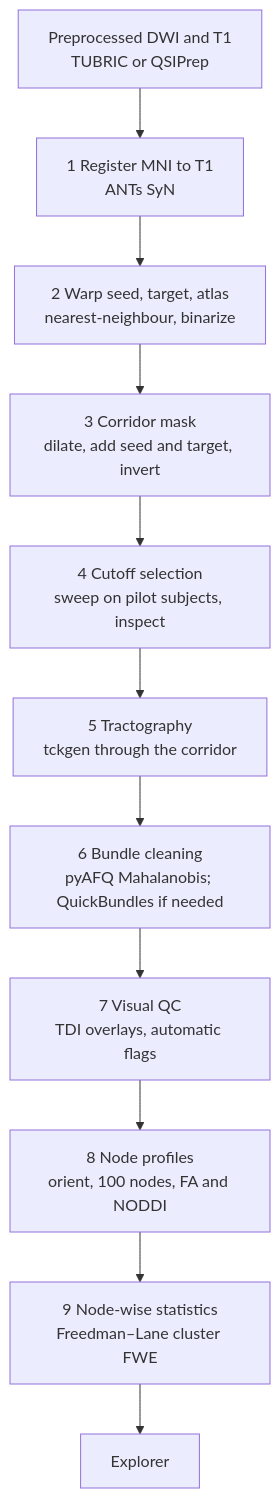
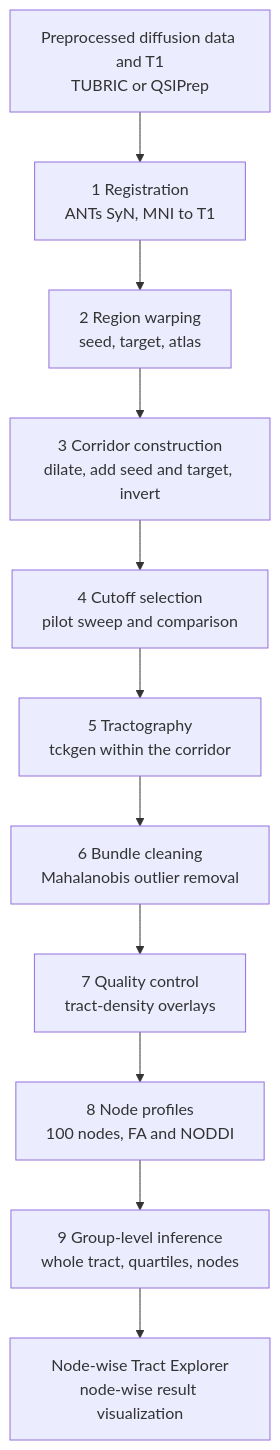
Before and after one commit to DiffusionTensorImaging-Repos/MesoConnect-Tutorial: the diagram in docs/workflow/overview.md, drawn with Mermaid. The commit also changed other lines of this file and 25 other files, not shown here.

````diff
--- a/docs/workflow/overview.md
+++ b/docs/workflow/overview.md
@@ -10,13 +10,13 @@
 ```mermaid
 flowchart TD
-  A[Preprocessed DWI and T1<br/>TUBRIC or QSIPrep] --> B[1 Register MNI to T1<br/>ANTs SyN]
-  B --> C[2 Warp seed, target, atlas<br/>nearest-neighbour, binarize]
-  C --> D[3 Corridor mask<br/>dilate, add seed and target, invert]
-  D --> E[4 Cutoff selection<br/>sweep on pilot subjects, inspect]
-  E --> F[5 Tractography<br/>tckgen through the corridor]
-  F --> G[6 Bundle cleaning<br/>pyAFQ Mahalanobis; QuickBundles if needed]
-  G --> H[7 Visual QC<br/>TDI overlays, automatic flags]
-  H --> I[8 Node profiles<br/>orient, 100 nodes, FA and NODDI]
-  I --> J[9 Node-wise statistics<br/>Freedman–Lane cluster FWE]
-  J --> K[Explorer]
+  A[Preprocessed diffusion data and T1<br/>TUBRIC or QSIPrep] --> B[1 Registration<br/>ANTs SyN, MNI to T1]
+  B --> C[2 Region warping<br/>seed, target, atlas]
+  C --> D[3 Corridor construction<br/>dilate, add seed and target, invert]
+  D --> E[4 Cutoff selection<br/>pilot sweep and comparison]
+  E --> F[5 Tractography<br/>tckgen within the corridor]
+  F --> G[6 Bundle cleaning<br/>Mahalanobis outlier removal]
+  G --> H[7 Quality control<br/>tract-density overlays]
+  H --> I[8 Node profiles<br/>100 nodes, FA and NODDI]
+  I --> J[9 Group-level inference<br/>whole tract, quartiles, nodes]
+  J --> K[Node-wise Tract Explorer<br/>node-wise result visualization]
 ```
````
